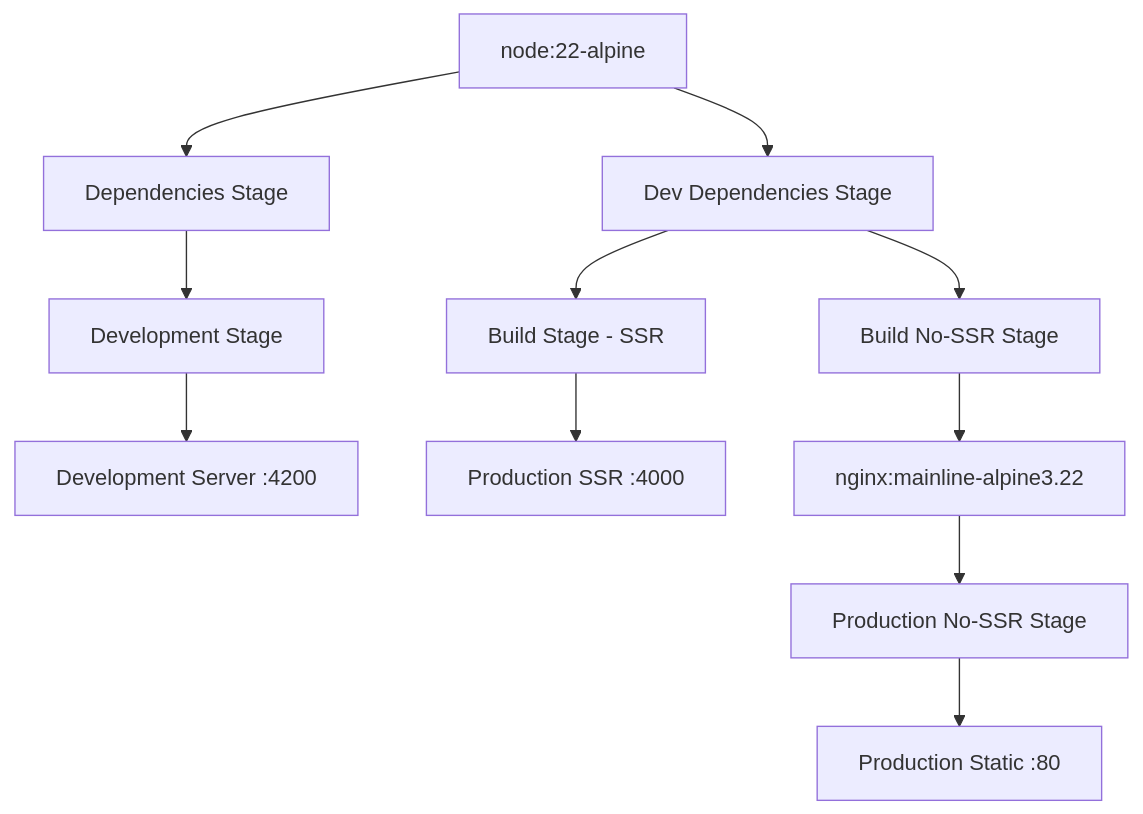
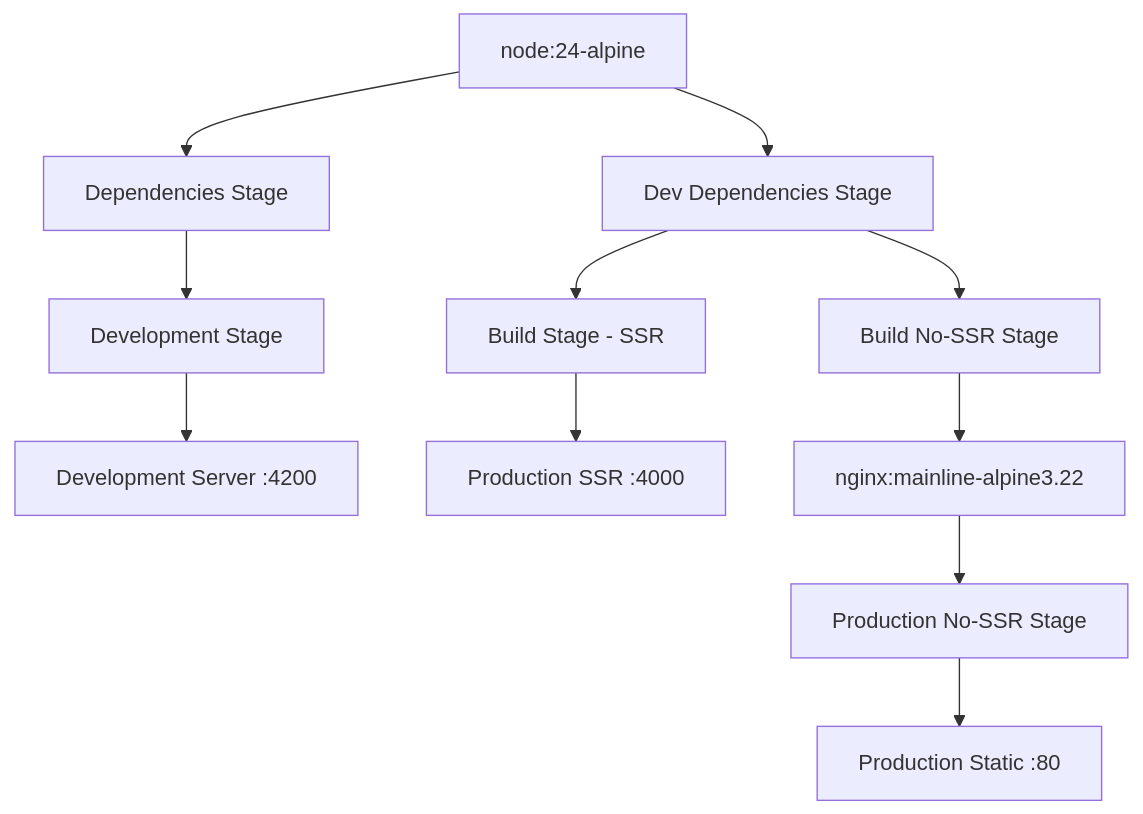
One commit to LynxPardelle/lynx-portfolio-angular changed the diagram in README.md. Above: the diagram before and after it, drawn with Mermaid. The commit also changed other lines of this file and 72 other files, not shown here.

````diff
--- a/README.md
+++ b/README.md
@@ -130,14 +130,14 @@
 ```mermaid
 graph TB
-    A[node:22-alpine] --> B[Dependencies Stage]
+    A[node:24-alpine] --> B[Dependencies Stage]
     A --> C[Dev Dependencies Stage]
     B --> D[Development Stage]
     C --> E[Build Stage - SSR]
     C --> F[Build No-SSR Stage]
     F --> G[nginx:mainline-alpine3.22]
     G --> H[Production No-SSR Stage]
     
     D --> I[Development Server :4200]
     E --> J[Production SSR :4000]
     H --> K[Production Static :80]
 ```
````
